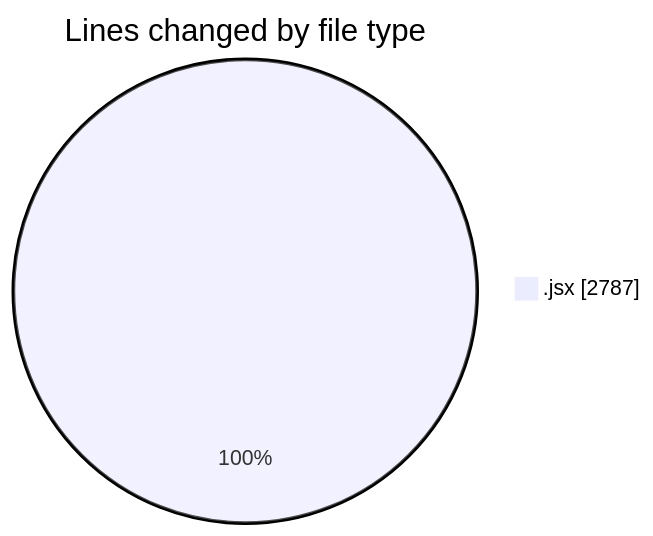
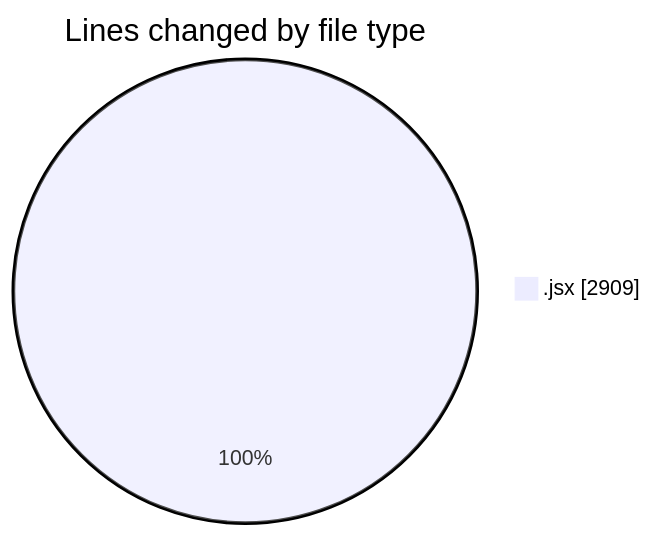
One commit to nxtqubesakshisongat/code-tracking changed the first of 2 diagrams in 2025-05-13/argos-dev/README.md. Above: the diagram before and after it, drawn with Mermaid. The commit also changed other lines of this file and 1 other file, not shown here.

````diff
--- a/2025-05-13/argos-dev/README.md
+++ b/2025-05-13/argos-dev/README.md
@@ -24,5 +24,5 @@
 ```mermaid
 pie showData
 title Lines changed by file type
-".jsx" : 2787
+".jsx" : 2909
 ```
````
